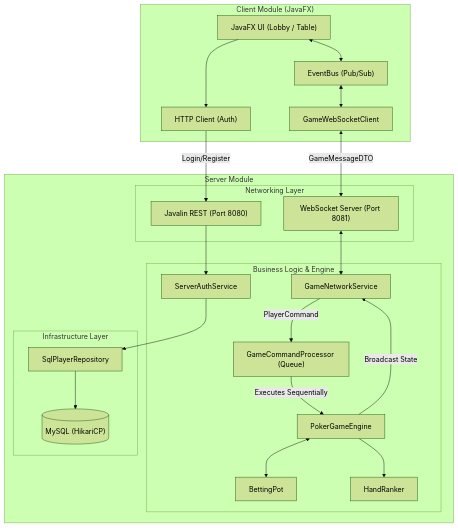
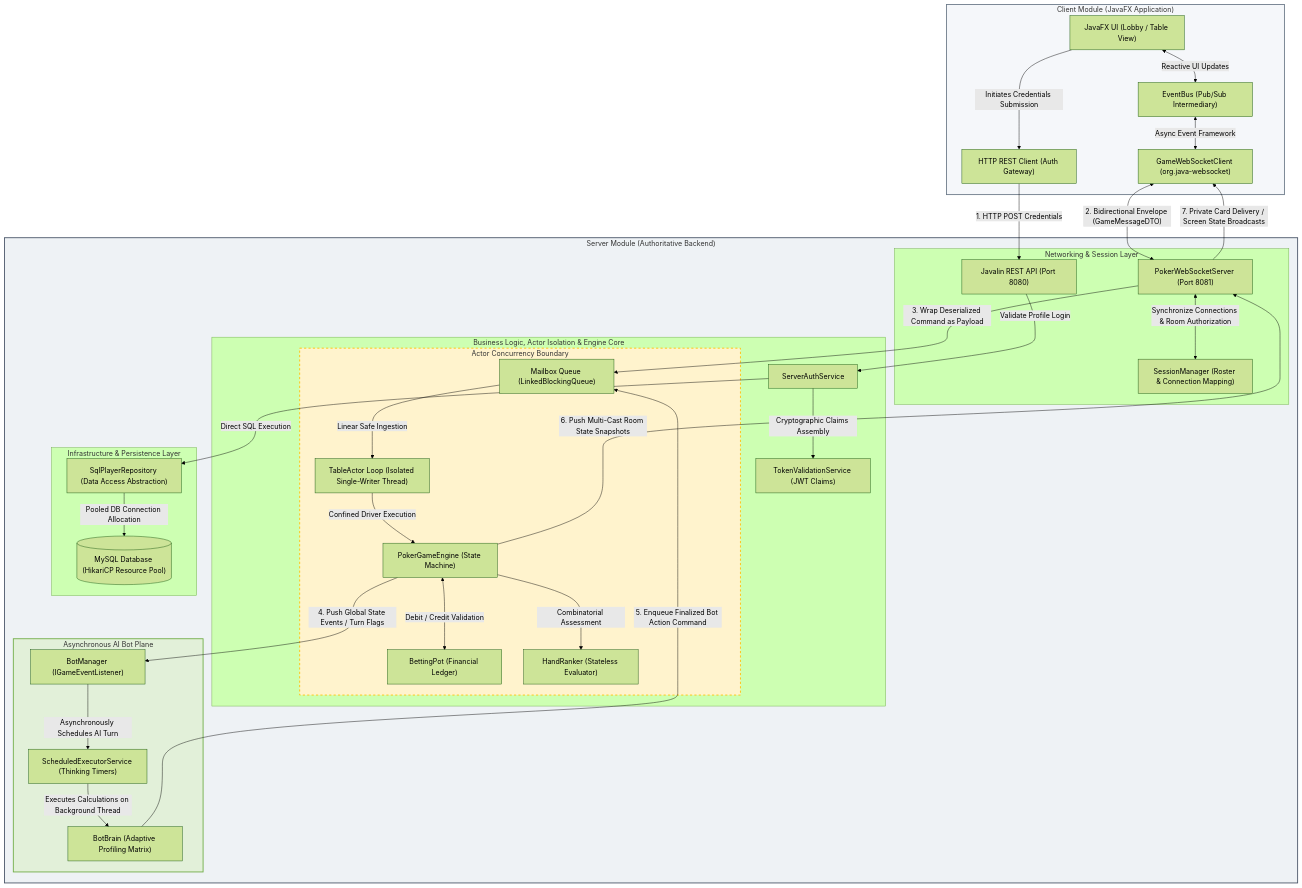
The second of 2 diagrams in README.md (drenisb-uni/PokerGame), drawn with Mermaid (forest theme) before and after one commit. The commit also changed other lines of this file, not shown here.

````diff
--- a/README.md
+++ b/README.md
@@ -169,49 +150,80 @@
 ```mermaid
 flowchart TB
-    subgraph Client ["Client Module (JavaFX)"]
-        UI["JavaFX UI (Lobby / Table)"]
-        EB["EventBus (Pub/Sub)"]
-        HTTP_Client["HTTP Client (Auth)"]
-        WS_Client["GameWebSocketClient"]
+    subgraph Client ["Client Module (JavaFX Application)"]
+        UI["JavaFX UI (Lobby / Table View)"]
+        EB["EventBus (Pub/Sub Intermediary)"]
+        HTTP_Client["HTTP REST Client (Auth Gateway)"]
+        WS_Client["GameWebSocketClient (org.java-websocket)"]
         
-        UI <--> EB
-        EB <--> WS_Client
-        UI --> HTTP_Client
+        UI <-->|Reactive UI Updates| EB
+        EB <-->|Async Event Framework| WS_Client
+        UI -->|Initiates Credentials Submission| HTTP_Client
     end
 
-    subgraph Server ["Server Module"]
-        subgraph Network ["Networking Layer"]
-            Javalin["Javalin REST (Port 8080)"]
-            WS_Server["WebSocket Server (Port 8081)"]
+    subgraph Server ["Server Module (Authoritative Backend)"]
+        subgraph Network ["Networking & Session Layer"]
+            Javalin["Javalin REST API (Port 8080)"]
+            WS_Server["PokerWebSocketServer (Port 8081)"]
+            SessionMgr["SessionManager (Roster & Connection Mapping)"]
+            
+            WS_Server <-->|Synchronize Connections & Room Authorization| SessionMgr
         end
 
-        subgraph Core ["Business Logic & Engine"]
+        subgraph Core ["Business Logic, Actor Isolation & Engine Core"]
             AuthService["ServerAuthService"]
-            NetService["GameNetworkService"]
-            Queue["GameCommandProcessor (Queue)"]
-            Engine["PokerGameEngine"]
-            Pot["BettingPot"]
-            Ranker["HandRanker"]
+            TokenService["TokenValidationService (JWT Claims)"]
+            
+            subgraph ActorModel ["Actor Concurrency Boundary"]
+                Mailbox["Mailbox Queue (LinkedBlockingQueue)"]
+                Actor["TableActor Loop (Isolated Single-Writer Thread)"]
+                Engine["PokerGameEngine (State Machine)"]
+                Pot["BettingPot (Financial Ledger)"]
+                Ranker["HandRanker (Stateless Evaluator)"]
+                
+                Mailbox -->|Linear Safe Ingestion| Actor
+                Actor -->|Confined Driver Execution| Engine
+                Engine <-->|Debit / Credit Validation| Pot
+                Engine -->|Combinatorial Assessment| Ranker
+            end
         end
 
-        subgraph Infra ["Infrastructure Layer"]
-            Repo["SqlPlayerRepository"]
-            DB[("MySQL (HikariCP)")]
+        subgraph AI_Subsystem ["Asynchronous AI Bot Plane"]
+            BotMgr["BotManager (IGameEventListener)"]
+            ExecPool["ScheduledExecutorService (Thinking Timers)"]
+            BotBrain["BotBrain (Adaptive Profiling Matrix)"]
+            
+            BotMgr -->|Asynchronously Schedules AI Turn| ExecPool
+            ExecPool -->|Executes Calculations on Background Thread| BotBrain
+        end
+
+        subgraph Infra ["Infrastructure & Persistence Layer"]
+            Repo["SqlPlayerRepository (Data Access Abstraction)"]
+            DB[("MySQL Database (HikariCP Resource Pool)")]
         end
     end
 
-    %% Connections
-    HTTP_Client -->|Login/Register| Javalin
-    WS_Client <-->|GameMessageDTO| WS_Server
+    %% --- Connection Pathways ---
     
-    Javalin --> AuthService
-    AuthService --> Repo
-    Repo --> DB
-    
-    WS_Server <--> NetService
-    NetService -->|PlayerCommand| Queue
-    Queue -->|Executes Sequentially| Engine
-    Engine <--> Pot
-    Engine --> Ranker
-    Engine -->|Broadcast State| NetService
+    %% Control Plane (HTTP Stateless Authentication)
+    HTTP_Client -->|1. HTTP POST Credentials| Javalin
+    Javalin -->|Validate Profile Login| AuthService
+    AuthService -->|Cryptographic Claims Assembly| TokenService
+    AuthService -->|Direct SQL Execution| Repo
+    Repo -->|Pooled DB Connection Allocation| DB
+
+    %% Game Plane - Ingress Ingestion (WebSocket)
+    WS_Client <-->|"2. Bidirectional Envelope (GameMessageDTO)"| WS_Server
+    WS_Server -->|3. Wrap Deserialized Command as Payload| Mailbox
+
+    %% Engine Interaction & Notification Streams
+    Engine -->|4. Push Global State Events / Turn Flags| BotMgr
+    BotBrain -->|5. Enqueue Finalized Bot Action Command| Mailbox
+    Engine -->|6. Push Multi-Cast Room State Snapshots| WS_Server
+    WS_Server -->|7. Private Card Delivery / Screen State Broadcasts| WS_Client
+
+    %% Styling Elements for Visual Separation
+    style Client fill:#f5f7fa,stroke:#6c7a89,stroke-width:2px;
+    style Server fill:#eef2f5,stroke:#4a5568,stroke-width:2px;
+    style ActorModel fill:#fff3cd,stroke:#ffc107,stroke-width:2px,stroke-dasharray: 5 5;
+    style AI_Subsystem fill:#e2f0d9,stroke:#70ad47,stroke-width:2px;
 ```
````
